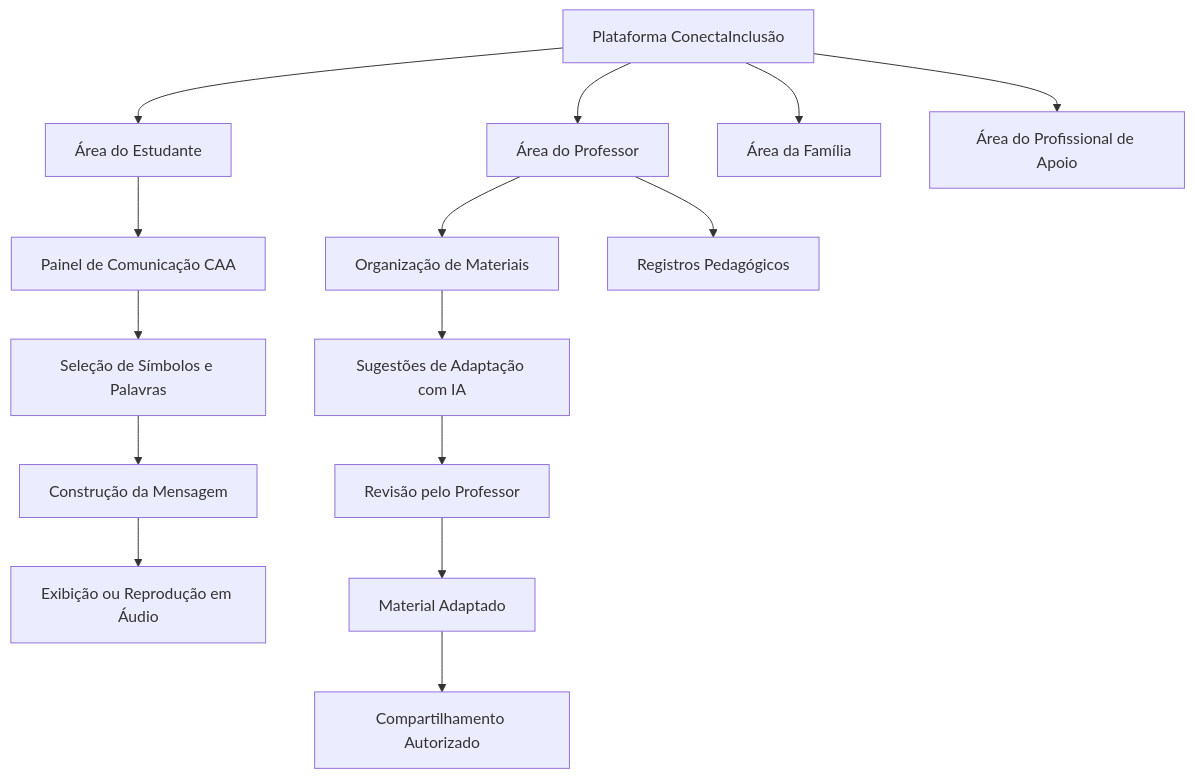
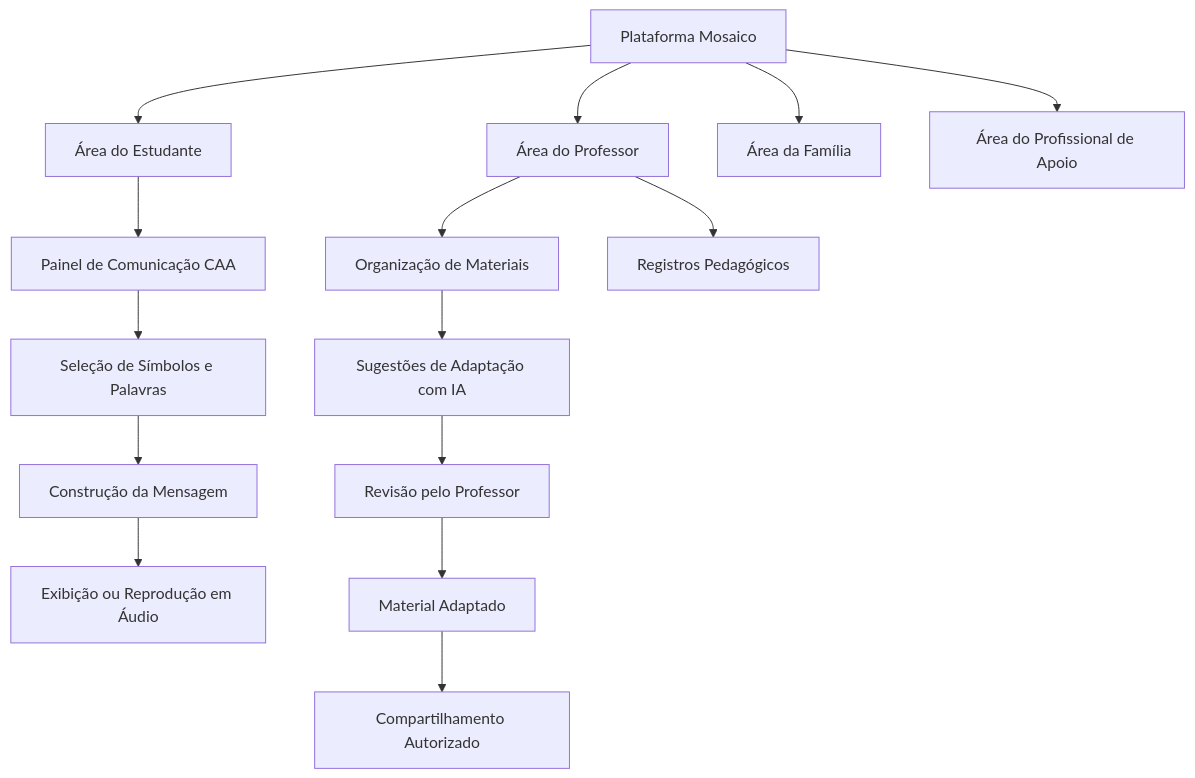
The diagram in 05-solucao-tecnologica/modelagem-e-fluxos.md (somiresz/ProjetoDesign-Integrador), drawn with Mermaid before and after one commit.

````diff
--- a/05-solucao-tecnologica/modelagem-e-fluxos.md
+++ b/05-solucao-tecnologica/modelagem-e-fluxos.md
@@ -13,21 +13,21 @@
 ```mermaid
 flowchart TD
-    A[Plataforma ConectaInclusão] --> B[Área do Estudante]
+    A[Plataforma Mosaico] --> B[Área do Estudante]
     A --> C[Área do Professor]
     A --> D[Área da Família]
     A --> E[Área do Profissional de Apoio]
 
     B --> F[Painel de Comunicação CAA]
     F --> G[Seleção de Símbolos e Palavras]
     G --> H[Construção da Mensagem]
     H --> I[Exibição ou Reprodução em Áudio]
 
     C --> J[Organização de Materiais]
     J --> K[Sugestões de Adaptação com IA]
     K --> L[Revisão pelo Professor]
     L --> M[Material Adaptado]
 
     C --> N[Registros Pedagógicos]
 
     M --> O[Compartilhamento Autorizado]
 ```
````
